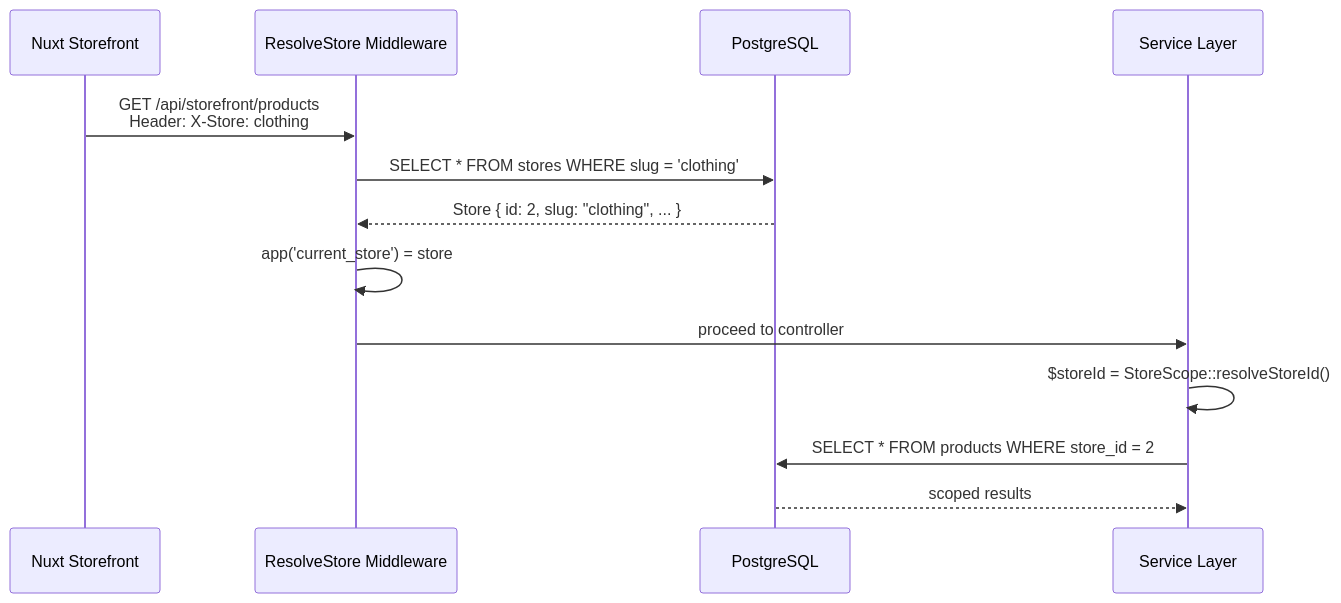
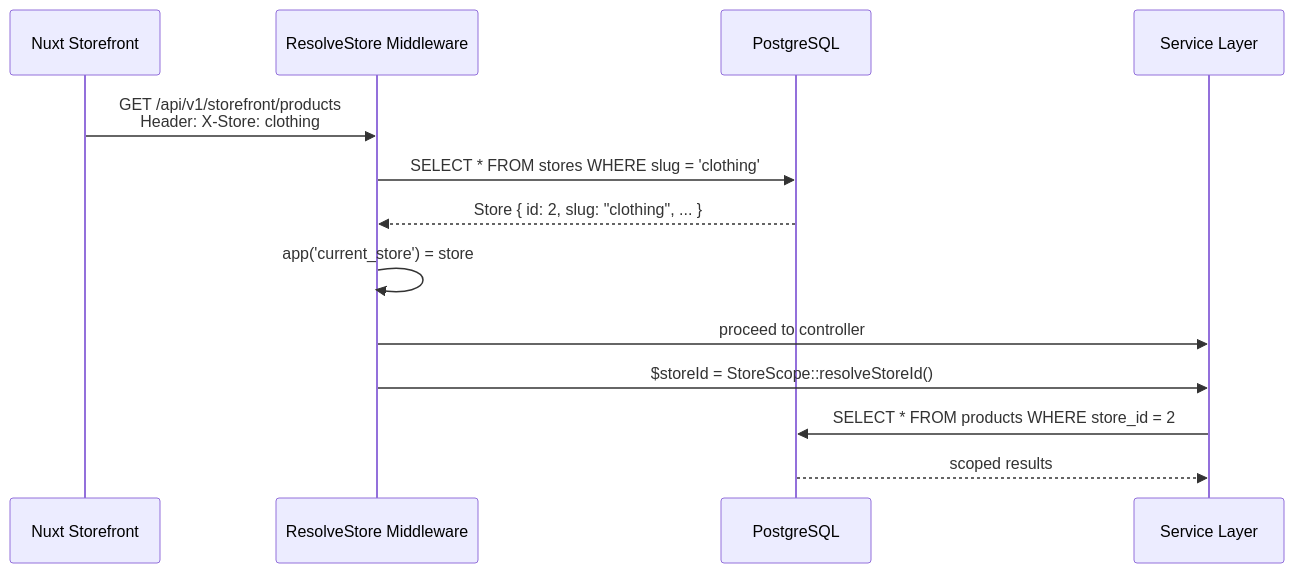
One commit to VenuxAK/Simp-eCommerce-API changed the second of 5 diagrams in docs/ARCHITECTURE.md. Above: the diagram before and after it, drawn with Mermaid. The commit also changed other lines of this file and 2 other files, not shown here.

First line of the commit message:
docs: update API, ARCHITECTURE, and SPECIFICATION specifications

````diff
--- a/docs/ARCHITECTURE.md
+++ b/docs/ARCHITECTURE.md
@@ -114,16 +115,16 @@
 ```mermaid
 sequenceDiagram
     participant N as Nuxt Storefront
     participant MW as ResolveStore Middleware
     participant DB as PostgreSQL
     participant S as Service Layer
 
-    N->>MW: GET /api/storefront/products<br/>Header: X-Store: clothing
+    N->>MW: GET /api/v1/storefront/products<br/>Header: X-Store: clothing
     MW->>DB: SELECT * FROM stores WHERE slug = 'clothing'
     DB-->>MW: Store { id: 2, slug: "clothing", ... }
     MW->>MW: app('current_store') = store
     MW->>S: proceed to controller
-    S->>S: $storeId = StoreScope::resolveStoreId()
+    MW->>S: $storeId = StoreScope::resolveStoreId()
     S->>DB: SELECT * FROM products WHERE store_id = 2
     DB-->>S: scoped results
 ```
````
